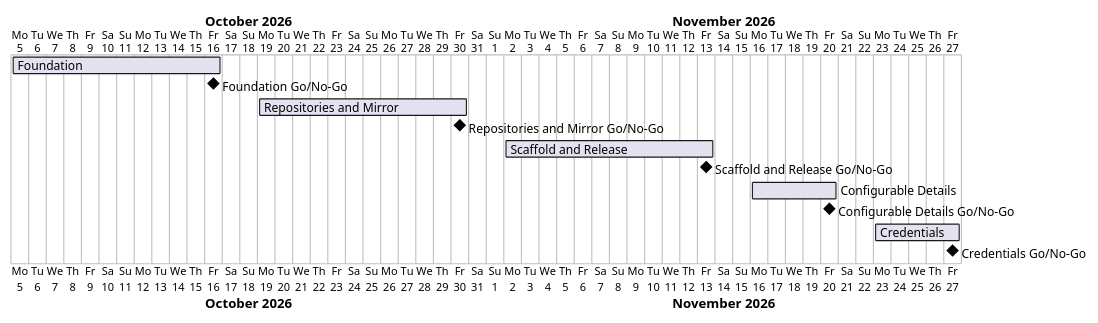
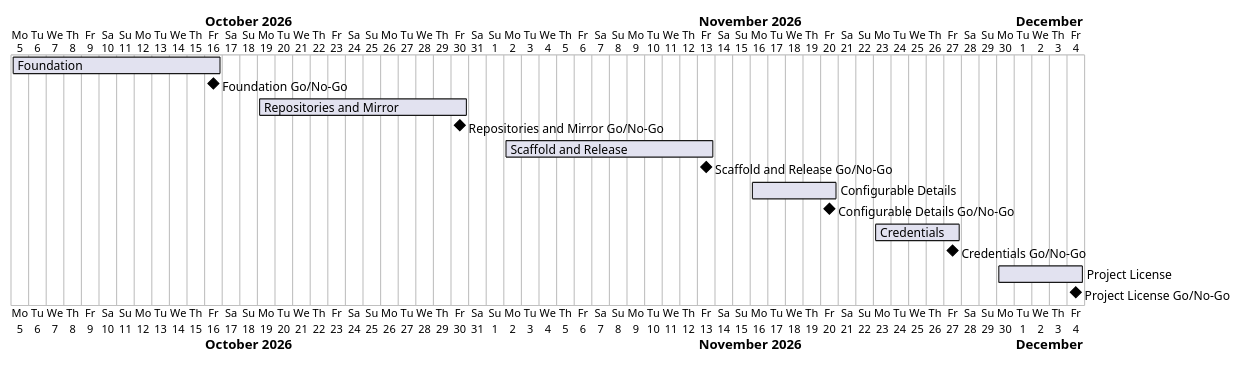
The diagram in docs/project-plan.md (TirSystem-BashScript/RepoFoundry), drawn with PlantUML before and after one commit. The commit also changed other lines of this file and 14 other files, not shown here.

First line of the commit message:
Plan MIL-006: the project license set in config.env

````diff
--- a/docs/project-plan.md
+++ b/docs/project-plan.md
@@ -38,15 +39,17 @@
 ```plantuml
 @startgantt
 Project starts 2026-10-05
 [Foundation] starts 2026-10-05 and ends 2026-10-16
 [Foundation Go/No-Go] happens 2026-10-16
 [Repositories and Mirror] starts 2026-10-19 and ends 2026-10-30
 [Repositories and Mirror Go/No-Go] happens 2026-10-30
 [Scaffold and Release] starts 2026-11-02 and ends 2026-11-13
 [Scaffold and Release Go/No-Go] happens 2026-11-13
 [Configurable Details] starts 2026-11-16 and ends 2026-11-20
 [Configurable Details Go/No-Go] happens 2026-11-20
 [Credentials] starts 2026-11-23 and ends 2026-11-27
 [Credentials Go/No-Go] happens 2026-11-27
+[Project License] starts 2026-11-30 and ends 2026-12-04
+[Project License Go/No-Go] happens 2026-12-04
 @endgantt
 ```
````
